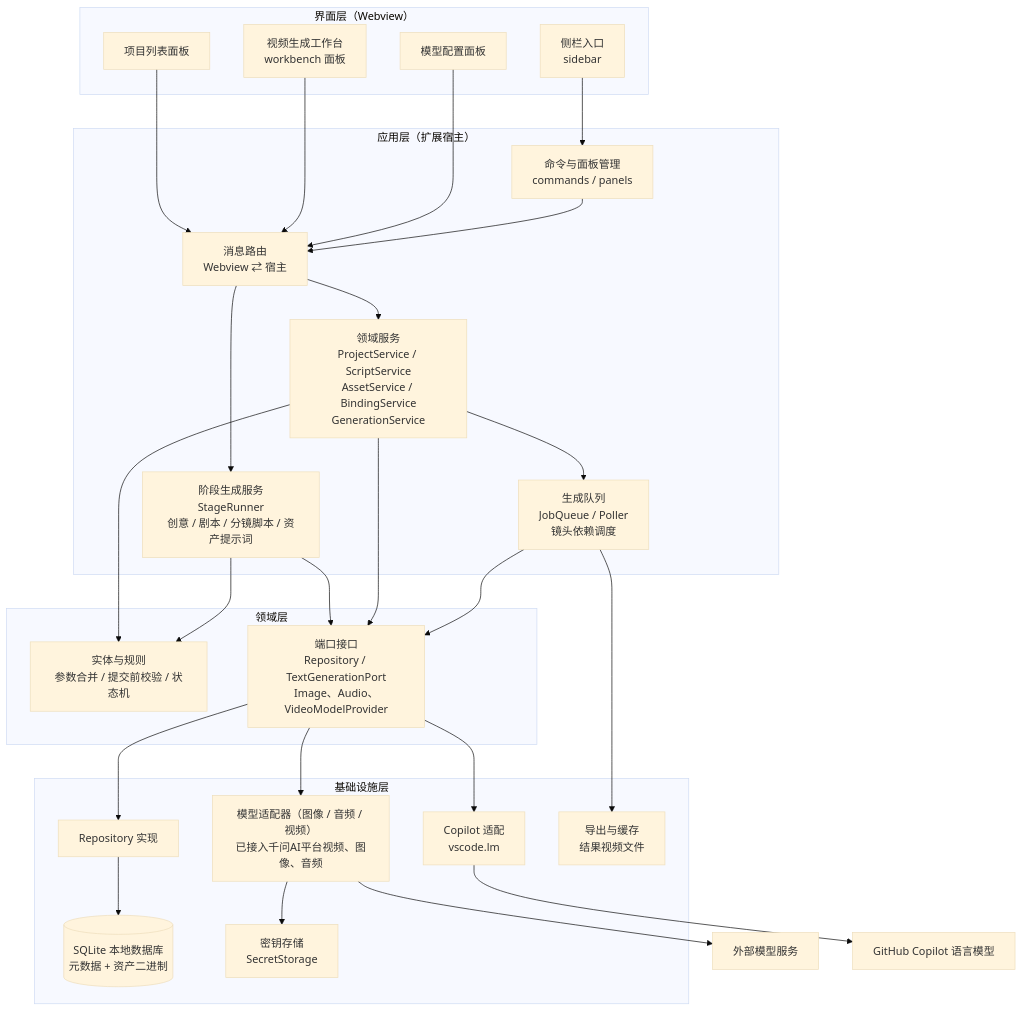
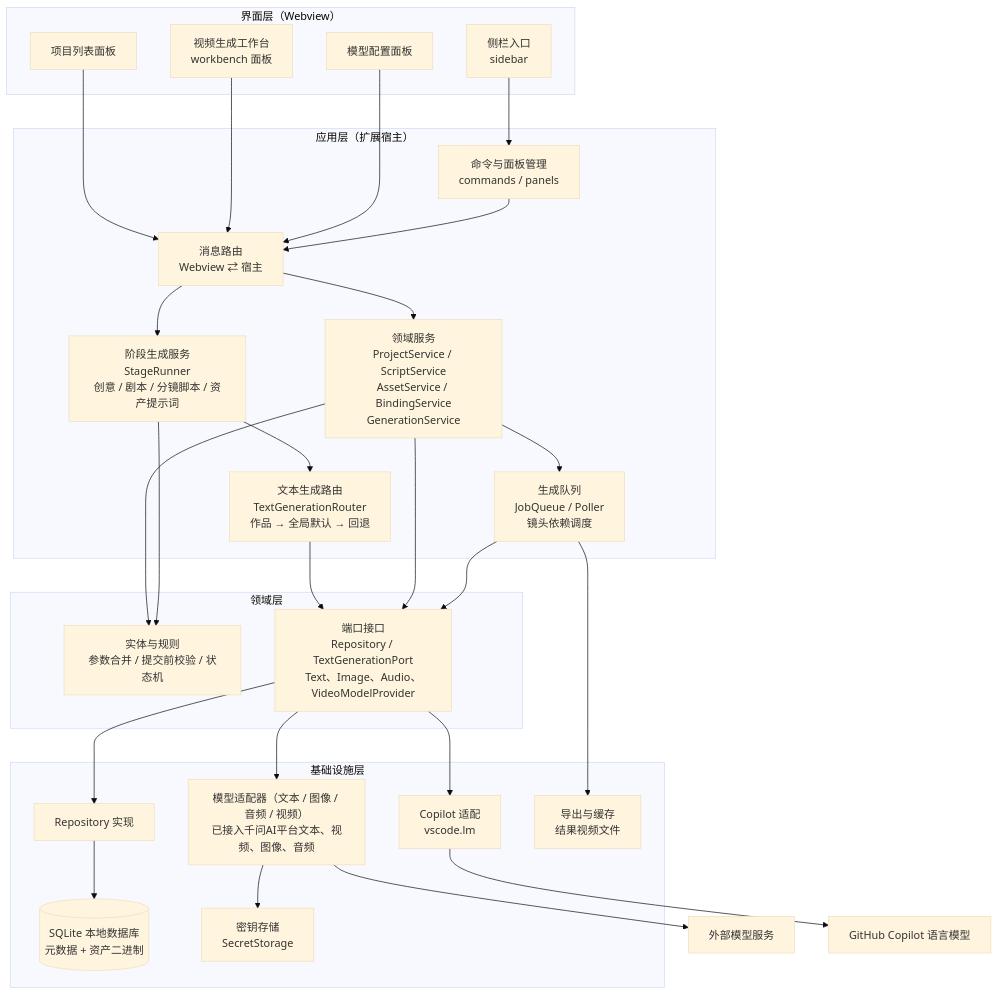
Before and after one commit to sengbin/ai-video-studio: the first of 11 diagrams in docs/ARCHITECTURE.md, drawn with Mermaid (base theme). The commit also changed other lines of this file and 97 other files, not shown here.

````diff
--- a/docs/ARCHITECTURE.md
+++ b/docs/ARCHITECTURE.md
@@ -25,56 +25,58 @@
 ```mermaid
 flowchart TB
   subgraph UI["界面层（Webview）"]
     SB["侧栏入口<br/>sidebar"]
     WB["视频生成工作台<br/>workbench 面板"]
     PM["项目列表面板"]
     MC["模型配置面板"]
   end
 
   subgraph APP["应用层（扩展宿主）"]
     CMD["命令与面板管理<br/>commands / panels"]
     MSG["消息路由<br/>Webview ⇄ 宿主"]
     SVC["领域服务<br/>ProjectService / ScriptService<br/>AssetService / BindingService<br/>GenerationService"]
     QUE["生成队列<br/>JobQueue / Poller<br/>镜头依赖调度"]
     STG["阶段生成服务<br/>StageRunner<br/>创意 / 剧本 / 分镜脚本 / 资产提示词"]
+    TXT["文本生成路由<br/>TextGenerationRouter<br/>作品 → 全局默认 → 回退"]
   end
 
   subgraph DOM["领域层"]
     ENT["实体与规则<br/>参数合并 / 提交前校验 / 状态机"]
-    PORT["端口接口<br/>Repository / TextGenerationPort<br/>Image、Audio、VideoModelProvider"]
+    PORT["端口接口<br/>Repository / TextGenerationPort<br/>Text、Image、Audio、VideoModelProvider"]
   end
 
   subgraph INFRA["基础设施层"]
     DB[("SQLite 本地数据库<br/>元数据 + 资产二进制")]
     REPO["Repository 实现"]
-    PRV["模型适配器（图像 / 音频 / 视频）<br/>已接入千问AI平台视频、图像、音频"]
+    PRV["模型适配器（文本 / 图像 / 音频 / 视频）<br/>已接入千问AI平台文本、视频、图像、音频"]
     COP["Copilot 适配<br/>vscode.lm"]
     SEC["密钥存储<br/>SecretStorage"]
     FS["导出与缓存<br/>结果视频文件"]
   end
 
   EXT["外部模型服务"]
   CPL["GitHub Copilot 语言模型"]
 
   SB --> CMD
   PM --> MSG
   WB --> MSG
   MC --> MSG
   CMD --> MSG
   MSG --> SVC
   MSG --> STG
   SVC --> ENT
   STG --> ENT
-  STG --> PORT
+  STG --> TXT
+  TXT --> PORT
   SVC --> QUE
   SVC --> PORT
   QUE --> PORT
   PORT --> REPO
   PORT --> PRV
   PORT --> COP
   COP --> CPL
   REPO --> DB
   PRV --> SEC
   PRV --> EXT
   QUE --> FS
 ```
````
